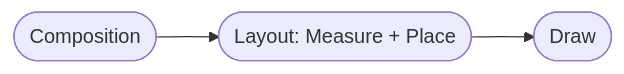
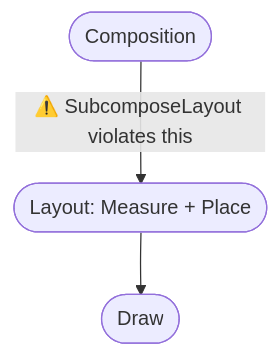
The first of 3 diagrams in src/data/blog/inside-subcomposelayout-jetpack-composes-most-misunderstood-api.md (PatilShreyas/blog.shreyaspatil.dev), drawn with Mermaid before and after one commit. The commit also changed other lines of this file, not shown here.

Commit message:
fix(blog): address PR review comments for SubcomposeLayout post (diagrams and title)

````diff
--- a/src/data/blog/inside-subcomposelayout-jetpack-composes-most-misunderstood-api.md
+++ b/src/data/blog/inside-subcomposelayout-jetpack-composes-most-misunderstood-api.md
@@ -45,5 +45,5 @@
 ```mermaid
-flowchart LR
-    A([Composition]) --> B([Layout: Measure + Place])
+flowchart TD
+    A([Composition]) -->|⚠️ SubcomposeLayout violates this| B([Layout: Measure + Place])
     B --> C([Draw])
 ```
````
